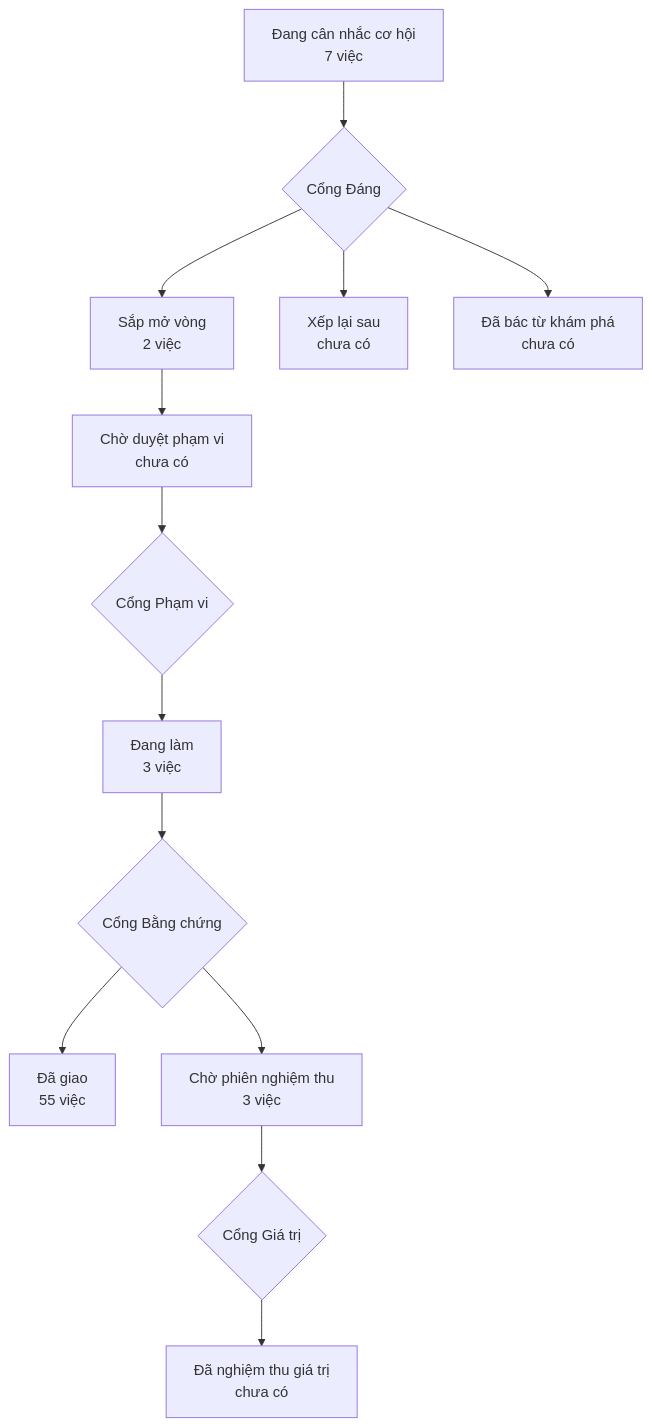
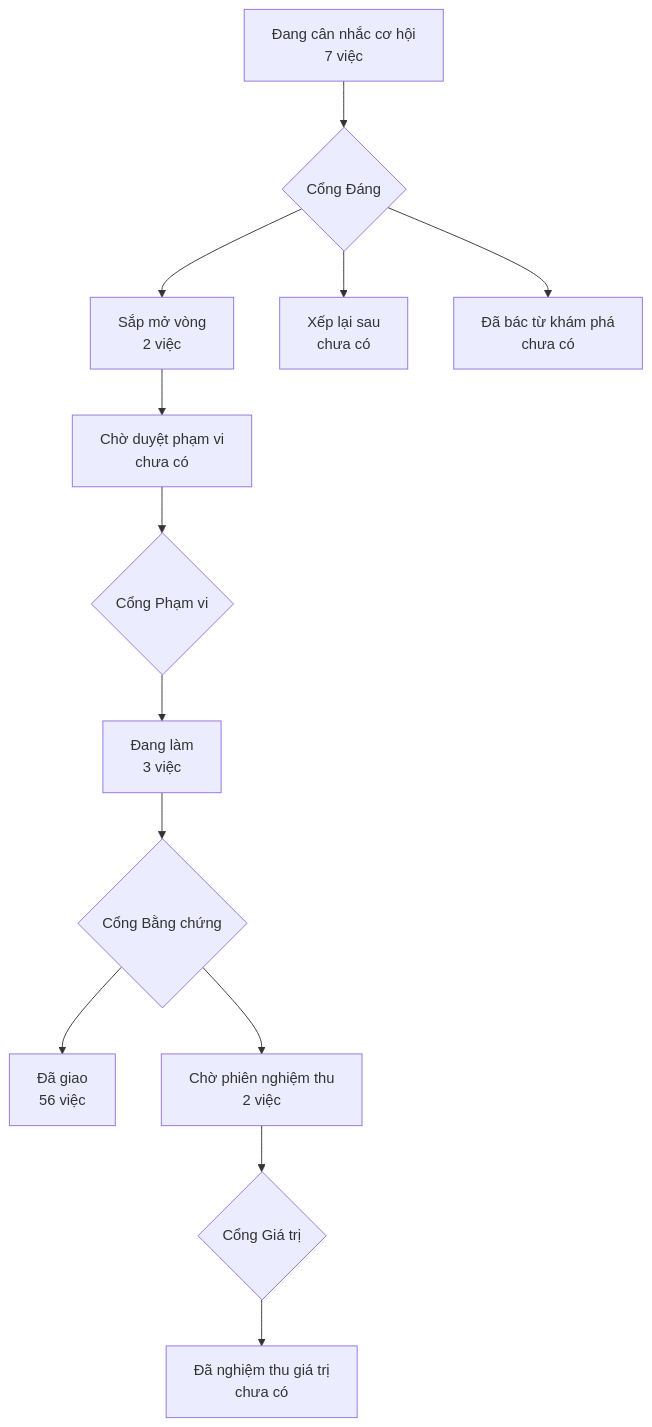
Before and after one commit to phanlemanh/acceptance-gate-kit: the diagram in PRODUCT-MAP.md, drawn with Mermaid. The commit also changed other lines of this file and 8 other files, not shown here.

````diff
--- a/PRODUCT-MAP.md
+++ b/PRODUCT-MAP.md
@@ -6,12 +6,12 @@
 ```mermaid
 flowchart TD
   A["Đang cân nhắc cơ hội<br/>7 việc"] --> GD{"Cổng Đáng"}
   GD --> B["Sắp mở vòng<br/>2 việc"]
   GD --> XL["Xếp lại sau<br/>chưa có"]
   GD --> DB["Đã bác từ khám phá<br/>chưa có"]
   B --> CD["Chờ duyệt phạm vi<br/>chưa có"] --> GP{"Cổng Phạm vi"}
   GP --> DL["Đang làm<br/>3 việc"] --> GB{"Cổng Bằng chứng"}
-  GB --> DG["Đã giao<br/>55 việc"]
-  GB --> CN["Chờ phiên nghiệm thu<br/>3 việc"] --> GG{"Cổng Giá trị"}
+  GB --> DG["Đã giao<br/>56 việc"]
+  GB --> CN["Chờ phiên nghiệm thu<br/>2 việc"] --> GG{"Cổng Giá trị"}
   GG --> NT["Đã nghiệm thu giá trị<br/>chưa có"]
 ```
````
